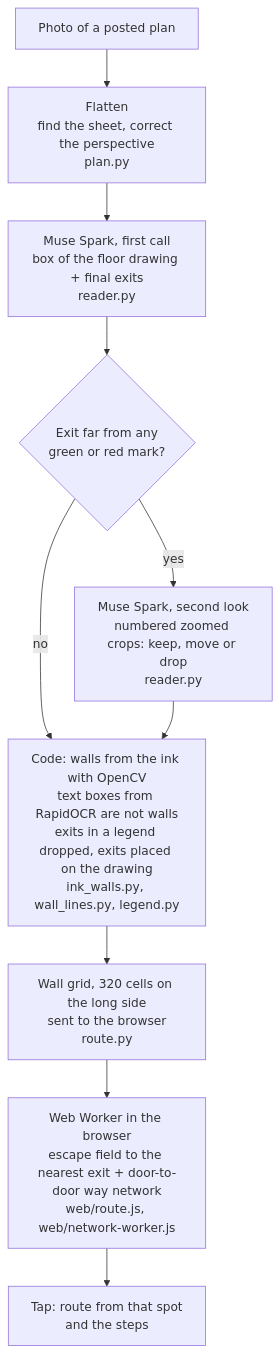
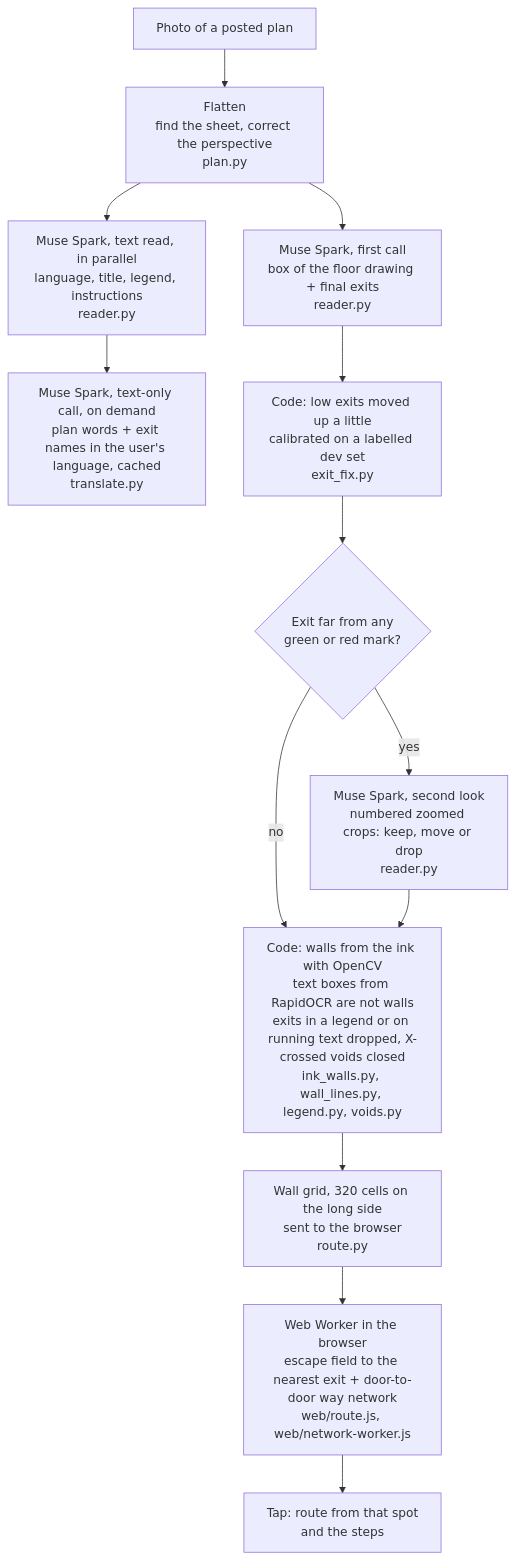
One commit to devrives/hereout changed the diagram in README.md. Above: the diagram before and after it, drawn with Mermaid. The commit also changed other lines of this file, not shown here.

First line of the commit message:
README: language feature, second look on samples, current exit scores, dev set

````diff
--- a/README.md
+++ b/README.md
@@ -21,12 +20,15 @@
 ```mermaid
 flowchart TD
     A[Photo of a posted plan] --> B[Flatten<br/>find the sheet, correct the perspective<br/>plan.py]
     B --> C[Muse Spark, first call<br/>box of the floor drawing + final exits<br/>reader.py]
-    C --> D{Exit far from any<br/>green or red mark?}
+    B --> T[Muse Spark, text read, in parallel<br/>language, title, legend, instructions<br/>reader.py]
+    T --> U[Muse Spark, text-only call, on demand<br/>plan words + exit names in the user's language, cached<br/>translate.py]
+    C --> Y[Code: low exits moved up a little<br/>calibrated on a labelled dev set<br/>exit_fix.py]
+    Y --> D{Exit far from any<br/>green or red mark?}
     D -- yes --> E[Muse Spark, second look<br/>numbered zoomed crops: keep, move or drop<br/>reader.py]
     D -- no --> F
-    E --> F[Code: walls from the ink with OpenCV<br/>text boxes from RapidOCR are not walls<br/>exits in a legend dropped, exits placed on the drawing<br/>ink_walls.py, wall_lines.py, legend.py]
+    E --> F[Code: walls from the ink with OpenCV<br/>text boxes from RapidOCR are not walls<br/>exits in a legend or on running text dropped, X-crossed voids closed<br/>ink_walls.py, wall_lines.py, legend.py, voids.py]
     F --> G[Wall grid, 320 cells on the long side<br/>sent to the browser<br/>route.py]
     G --> H[Web Worker in the browser<br/>escape field to the nearest exit + door-to-door way network<br/>web/route.js, web/network-worker.js]
     H --> I[Tap: route from that spot<br/>and the steps]
 ```
````
